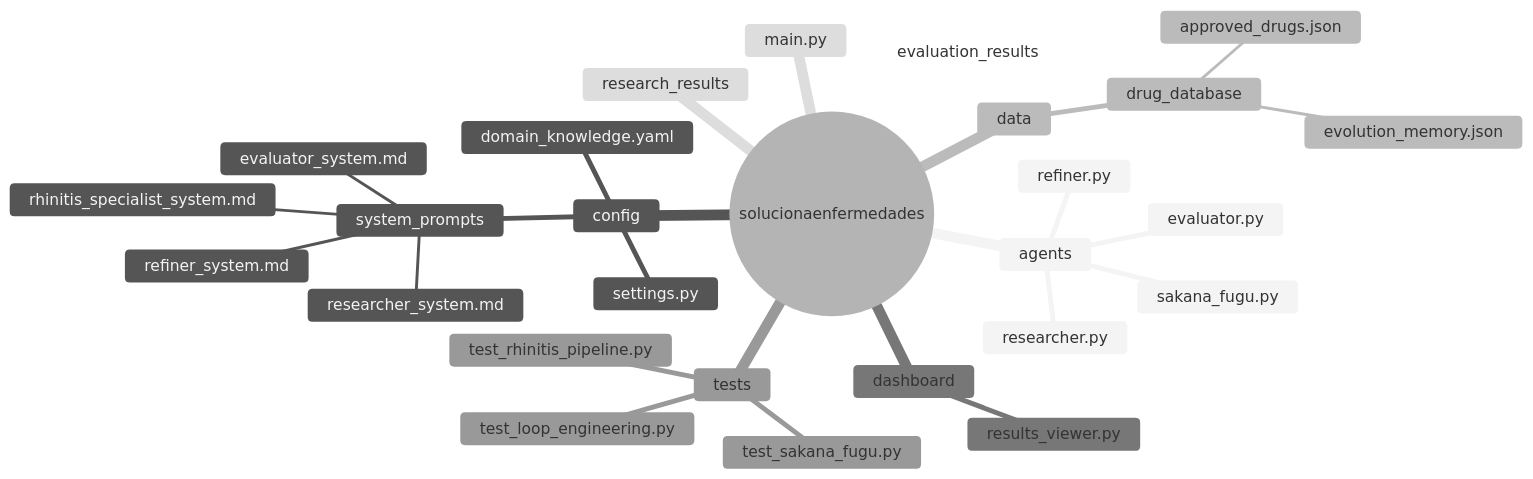
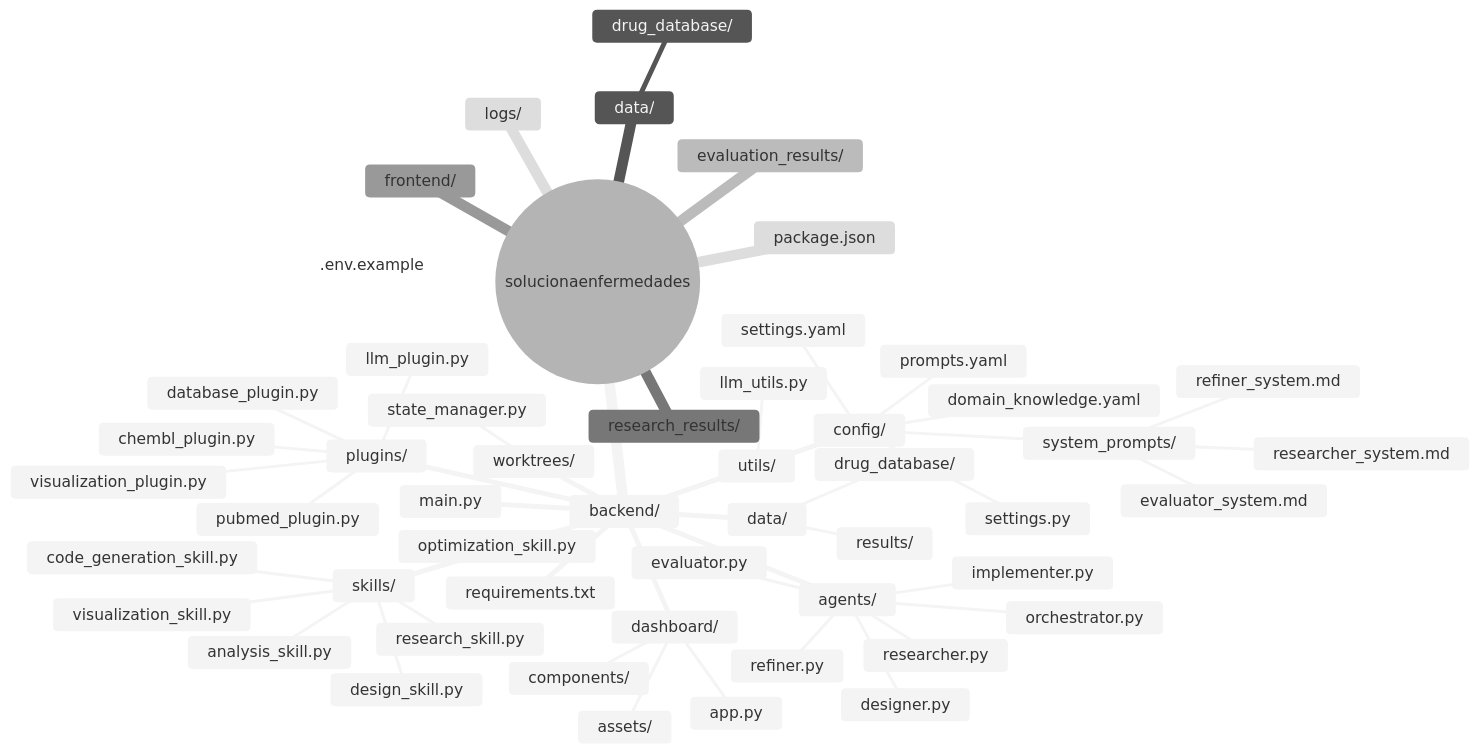
One commit to AngelTroncoso/solucionaenfermedades changed the third of 5 diagrams in README.md. Above: the diagram before and after it, drawn with Mermaid (neutral theme). The commit also changed other lines of this file, not shown here.

Commit message:
Actualiza README para reflejar implementación real: pipeline de 6 agentes, elimina Sakana FuGU no implementado, corrige arquitectura y configuración

````diff
--- a/README.md
+++ b/README.md
@@ -109,30 +107,55 @@
 ```mermaid
 mindmap
   root((solucionaenfermedades))
-    agents
-      researcher.py
-      evaluator.py
-      refiner.py
-      sakana_fugu.py
-    config
-      settings.py
-      domain_knowledge.yaml
-      system_prompts
-        researcher_system.md
-        evaluator_system.md
-        refiner_system.md
-        rhinitis_specialist_system.md
-    data
-      drug_database
-        approved_drugs.json
-        evolution_memory.json
-    dashboard
-      results_viewer.py
-    tests
-      test_loop_engineering.py
-      test_sakana_fugu.py
-      test_rhinitis_pipeline.py
-    research_results
-    evaluation_results
-    main.py
+    backend/
+      agents/
+        researcher.py
+        evaluator.py
+        refiner.py
+        designer.py
+        implementer.py
+        orchestrator.py
+      config/
+        settings.py
+        domain_knowledge.yaml
+        system_prompts/
+          researcher_system.md
+          evaluator_system.md
+          refiner_system.md
+        settings.yaml
+        prompts.yaml
+      data/
+        drug_database/
+        results/
+      dashboard/
+        app.py
+        assets/
+        components/
+      plugins/
+        chembl_plugin.py
+        database_plugin.py
+        llm_plugin.py
+        pubmed_plugin.py
+        visualization_plugin.py
+      skills/
+        analysis_skill.py
+        code_generation_skill.py
+        design_skill.py
+        optimization_skill.py
+        research_skill.py
+        visualization_skill.py
+      utils/
+        llm_utils.py
+      worktrees/
+        state_manager.py
+      main.py
+      requirements.txt
+    data/
+      drug_database/
+    evaluation_results/
+    research_results/
+    frontend/
+    logs/
+    .env.example
+    package.json
 ```
````
